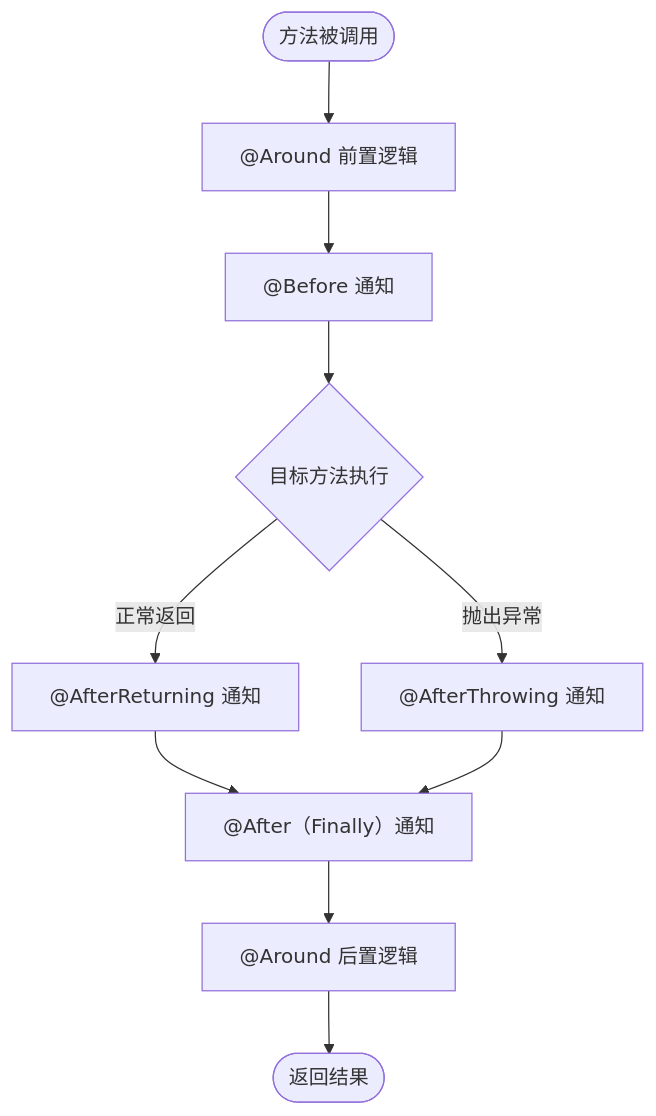
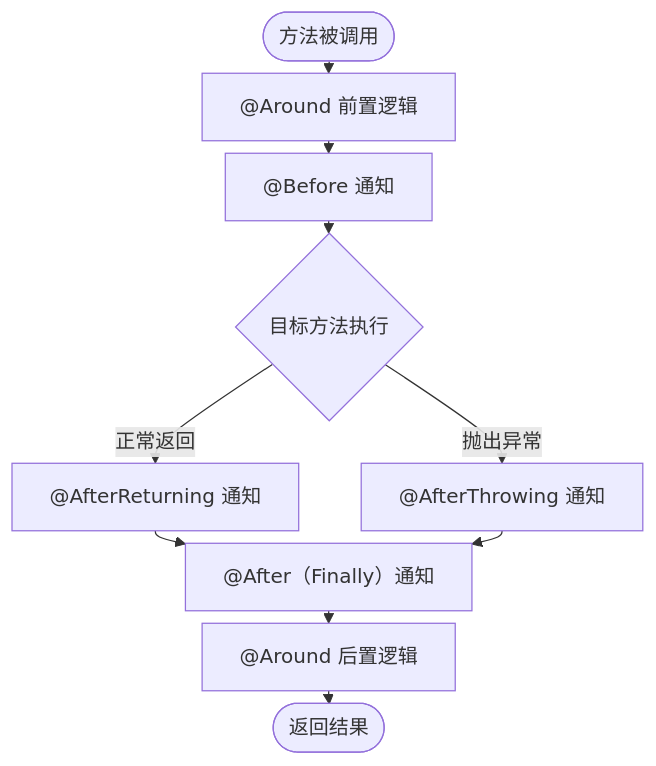
The fourth of 5 diagrams in docs/contents/spring/Spring.md (jiangjihui/docsify), drawn with Mermaid before and after one commit. The commit also changed other lines of this file and 57 other files, not shown here.

Commit message:
feat: 增加图示

````diff
--- a/docs/contents/spring/Spring.md
+++ b/docs/contents/spring/Spring.md
@@ -578,12 +579,13 @@
 ```mermaid
+%%{init: {'flowchart': {'rankSpacing': 10}}}%%
 flowchart TD
     A([方法被调用]) --> B["@Around 前置逻辑"]
     B --> C["@Before 通知"]
     C --> D{目标方法执行}
     D -->|正常返回| E["@AfterReturning 通知"]
     D -->|抛出异常| F["@AfterThrowing 通知"]
     E --> G["@After（Finally）通知"]
     F --> G
     G --> H["@Around 后置逻辑"]
     H --> I([返回结果])
 ```
````
